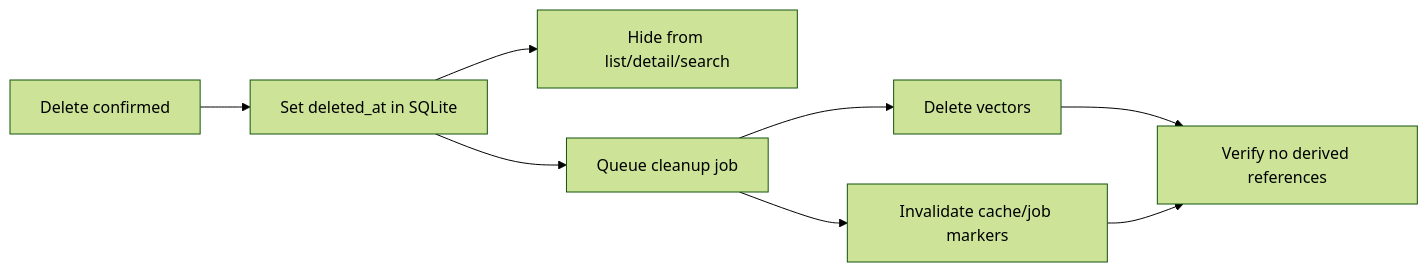
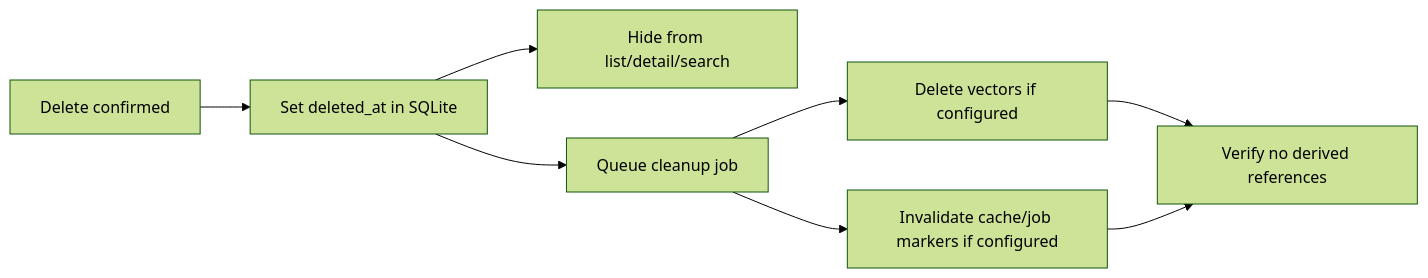
The first of 2 diagrams in docs/architecture/06-lifecycle-and-recovery.md (ryantr-statinops/InfoBoard), drawn with Mermaid (forest theme) before and after one commit.

Commit message:
docs(architecture): scope derived cleanup to configured mode

````diff
--- a/docs/architecture/06-lifecycle-and-recovery.md
+++ b/docs/architecture/06-lifecycle-and-recovery.md
@@ -9,10 +9,10 @@
 ```mermaid
 flowchart LR
     Request[Delete confirmed] --> Soft[Set deleted_at in SQLite]
     Soft --> Hidden[Hide from list/detail/search]
     Soft --> Cleanup[Queue cleanup job]
-    Cleanup --> Vector[Delete vectors]
-    Cleanup --> Cache[Invalidate cache/job markers]
+    Cleanup --> Vector[Delete vectors if configured]
+    Cleanup --> Cache[Invalidate cache/job markers if configured]
     Vector --> Verify[Verify no derived references]
     Cache --> Verify
 ```
````
